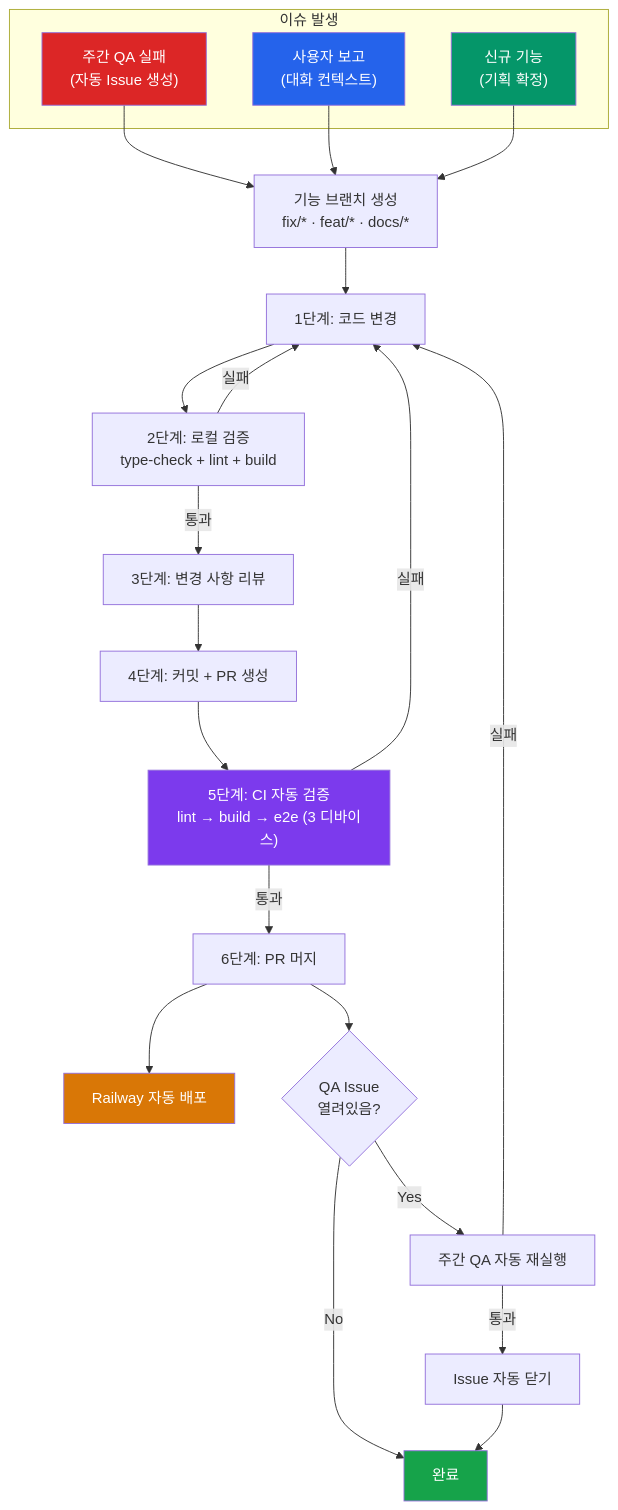
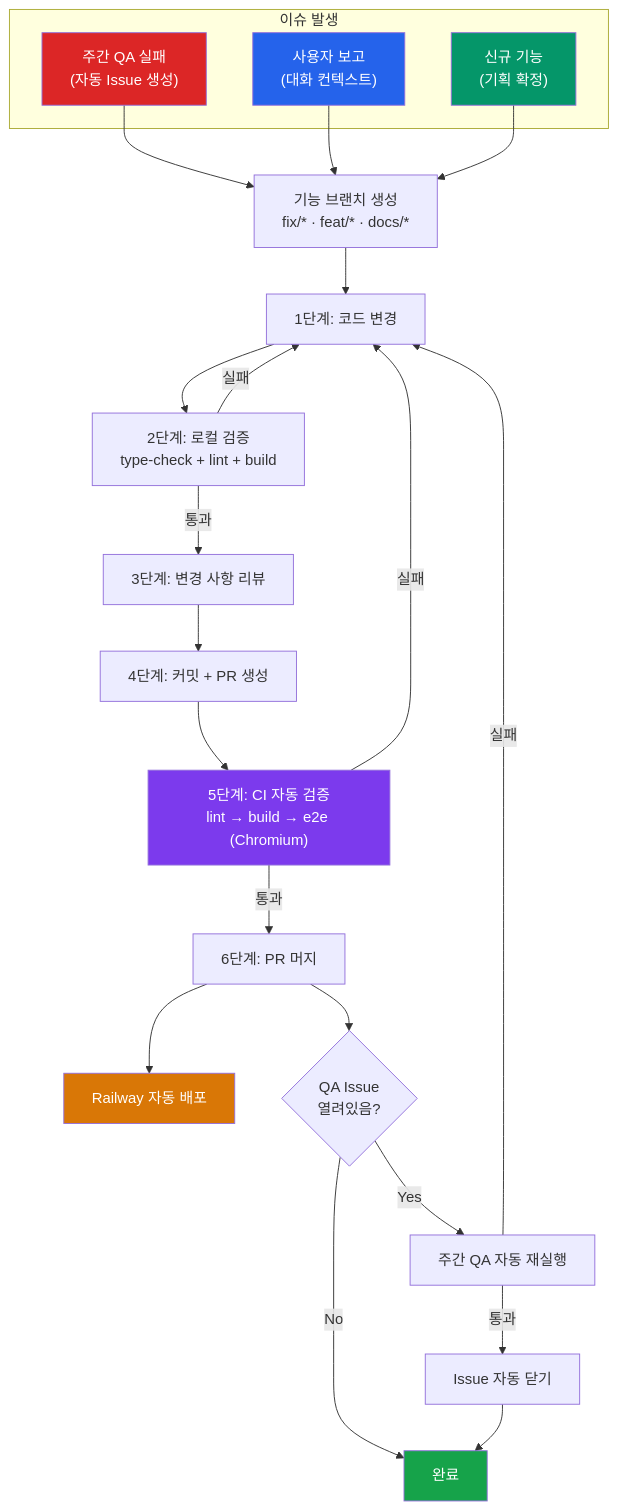
Before and after one commit to xzawed/ArcanaInsight: diagram 12 of 13 in process.md, drawn with Mermaid.

Commit message:
docs: process.md CI 다이어그램 최적화 내용 동기화 (#52)
PR CI E2E: 3 디바이스 → Chromium(Desktop + Android)만 반영

````diff
--- a/process.md
+++ b/process.md
@@ -482,33 +482,33 @@
 ```mermaid
 flowchart TD
     subgraph 이슈발생["이슈 발생"]
         QA["주간 QA 실패<br/>(자동 Issue 생성)"]
         USER["사용자 보고<br/>(대화 컨텍스트)"]
         FEAT["신규 기능<br/>(기획 확정)"]
     end
 
     QA & USER & FEAT --> BRANCH["기능 브랜치 생성<br/>fix/* · feat/* · docs/*"]
 
     BRANCH --> CODE["1단계: 코드 변경"]
     CODE --> LOCAL["2단계: 로컬 검증<br/>type-check + lint + build"]
     LOCAL -->|실패| CODE
     LOCAL -->|통과| REVIEW["3단계: 변경 사항 리뷰"]
     REVIEW --> PR["4단계: 커밋 + PR 생성"]
-    PR --> CI["5단계: CI 자동 검증<br/>lint → build → e2e (3 디바이스)"]
+    PR --> CI["5단계: CI 자동 검증<br/>lint → build → e2e (Chromium)"]
     CI -->|실패| CODE
     CI -->|통과| MERGE["6단계: PR 머지"]
     MERGE --> DEPLOY["Railway 자동 배포"]
     MERGE --> RECHECK{"QA Issue<br/>열려있음?"}
     RECHECK -->|Yes| RERUN["주간 QA 자동 재실행"]
     RECHECK -->|No| DONE["완료"]
     RERUN -->|통과| CLOSE["Issue 자동 닫기"]
     RERUN -->|실패| CODE
     CLOSE --> DONE
 
     style QA fill:#dc2626,color:#fff
     style USER fill:#2563eb,color:#fff
     style FEAT fill:#059669,color:#fff
     style CI fill:#7c3aed,color:#fff
     style DEPLOY fill:#d97706,color:#fff
     style DONE fill:#16a34a,color:#fff
 ```
````
